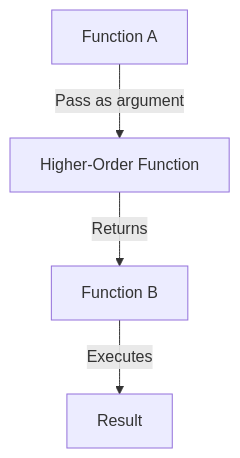
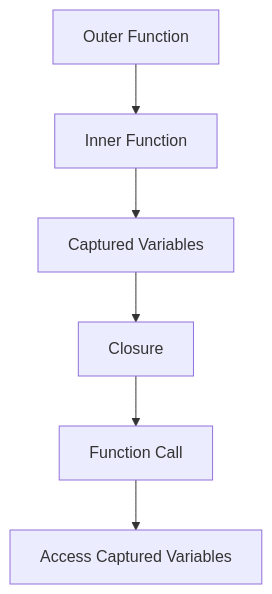
The diagram in content/patterns-clojure/3/5/index.md (MasteryEducation/SoftwarePatternsLexicon.com), drawn with Mermaid before and after one commit. The commit also changed other lines of this file and 462 other files, not shown here.

````diff
--- a/content/patterns-clojure/3/5/index.md
+++ b/content/patterns-clojure/3/5/index.md
@@ -104,6 +102,8 @@
 ```mermaid
 graph TD;
-    A[Function A] -->|Pass as argument| B[Higher-Order Function];
-    B -->|Returns| C[Function B];
-    C -->|Executes| D[Result];
+    A[Outer Function] --> B[Inner Function];
+    B --> C[Captured Variables];
+    C --> D[Closure];
+    D --> E[Function Call];
+    E --> F[Access Captured Variables];
 ```
````
